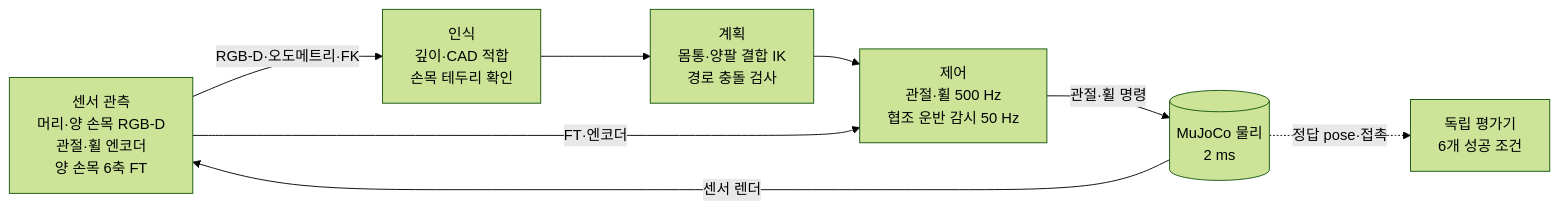
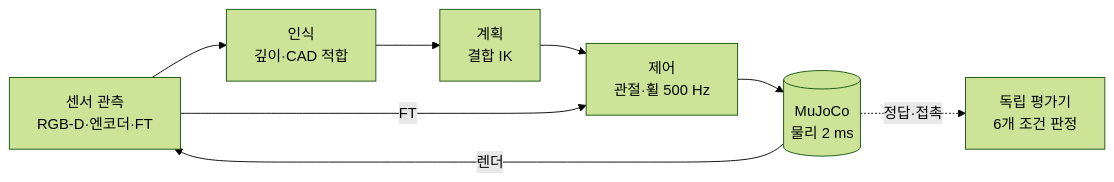
One commit to mmporong/rby1-tray-lab changed the diagram in README.md. Above: the diagram before and after it, drawn with Mermaid (forest theme).

Commit message:
docs(readme): 시스템 구성 도식을 축약해 GitHub 폭에서 읽히게 조정

````diff
--- a/README.md
+++ b/README.md
@@ -32,16 +32,14 @@
 ```mermaid
 flowchart LR
-  S[센서 관측<br/>머리·양 손목 RGB-D<br/>관절·휠 엔코더<br/>양 손목 6축 FT]
-  P[인식<br/>깊이·CAD 적합<br/>손목 테두리 확인]
-  K[계획<br/>몸통·양팔 결합 IK<br/>경로 충돌 검사]
-  C[제어<br/>관절·휠 500 Hz<br/>협조 운반 감시 50 Hz]
-  M[(MuJoCo 물리<br/>2 ms)]
-  E[독립 평가기<br/>6개 성공 조건]
-  S -->|RGB-D·오도메트리·FK| P
-  P --> K
-  K --> C
-  S -->|FT·엔코더| C
-  C -->|관절·휠 명령| M
-  M -->|센서 렌더| S
-  M -.->|정답 pose·접촉| E
+  S[센서 관측<br/>RGB-D·엔코더·FT]
+  P[인식<br/>깊이·CAD 적합]
+  K[계획<br/>결합 IK]
+  C[제어<br/>관절·휠 500 Hz]
+  M[(MuJoCo<br/>물리 2 ms)]
+  E[독립 평가기<br/>6개 조건 판정]
+  S --> P --> K --> C
+  S -->|FT| C
+  C --> M
+  M -->|렌더| S
+  M -.->|정답·접촉| E
 ```
````
